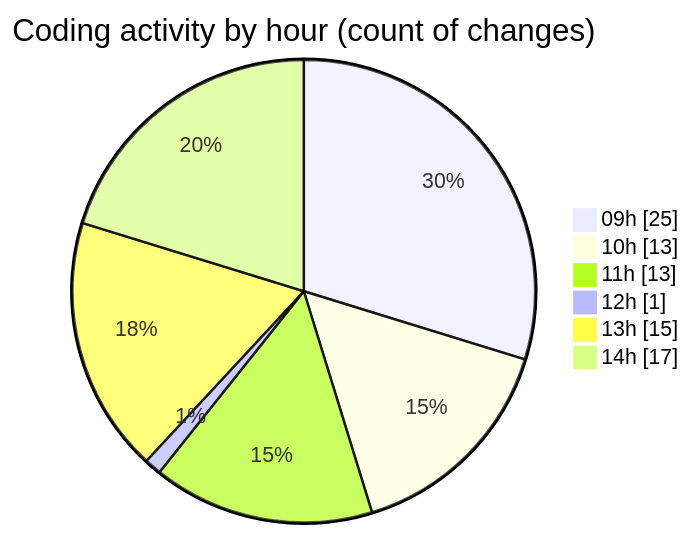
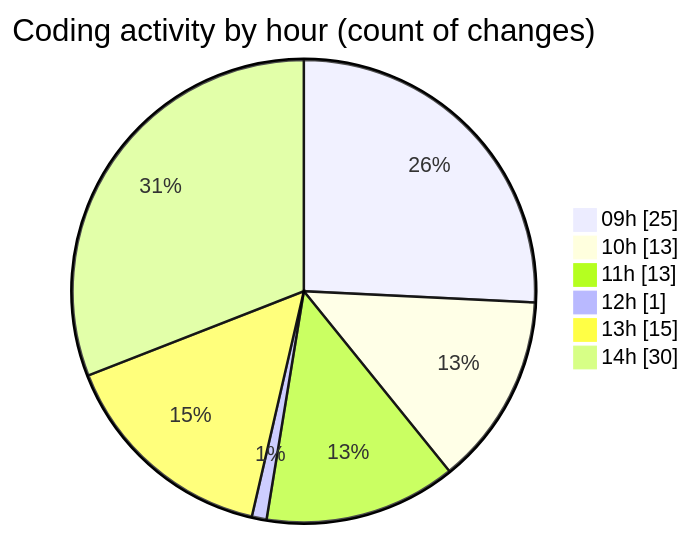
Before and after one commit to momahboobian/code-tracking: the second of 2 diagrams in 2025-05-07/cda/README.md, drawn with Mermaid. The commit also changed other lines of this file and 1 other file, not shown here.

````diff
--- a/2025-05-07/cda/README.md
+++ b/2025-05-07/cda/README.md
@@ -74,10 +87,10 @@
 ```mermaid
 pie showData
 title Coding activity by hour (count of changes)
 "09h" : 25
 "10h" : 13
 "11h" : 13
 "12h" : 1
 "13h" : 15
-"14h" : 17
+"14h" : 30
 ```
````
